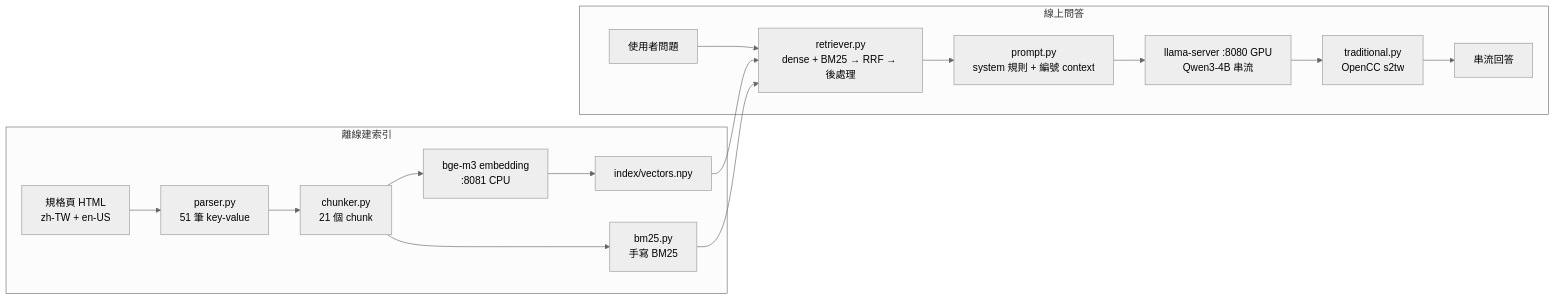
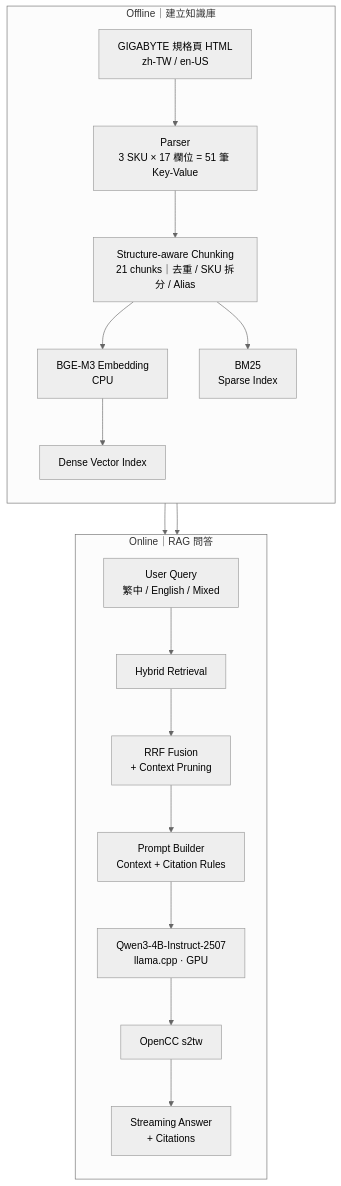
One commit to 112306060/gigabyte-rag-system changed the diagram in README.md. Above: the diagram before and after it, drawn with Mermaid (neutral theme). The commit also changed other lines of this file, not shown here.

Commit message:
README: vertical architecture diagram with concept-level nodes
Top-to-bottom Offline / Online layout so GitHub renders it at readable size;
file names moved to the core-module table.

````diff
--- a/README.md
+++ b/README.md
@@ -67,19 +67,24 @@
 ```mermaid
-flowchart LR
-    subgraph offline["離線建索引"]
-        H["規格頁 HTML<br/>zh-TW + en-US"] --> P["parser.py<br/>51 筆 key-value"]
-        P --> C["chunker.py<br/>21 個 chunk"]
-        C --> E["bge-m3 embedding<br/>:8081 CPU"]
-        E --> V["index/vectors.npy"]
-        C --> B["bm25.py<br/>手寫 BM25"]
+flowchart TB
+    subgraph OFF["Offline｜建立知識庫"]
+        direction TB
+        H["GIGABYTE 規格頁 HTML<br/>zh-TW / en-US"] --> P["Parser<br/>3 SKU × 17 欄位 = 51 筆 Key-Value"]
+        P --> C["Structure-aware Chunking<br/>21 chunks｜去重 / SKU 拆分 / Alias"]
+        C --> E["BGE-M3 Embedding<br/>CPU"]
+        C --> S["BM25<br/>Sparse Index"]
+        E --> V["Dense Vector Index"]
     end
-    subgraph online["線上問答"]
-        Q["使用者問題"] --> R["retriever.py<br/>dense + BM25 → RRF → 後處理"]
-        V --> R
-        B --> R
-        R --> PR["prompt.py<br/>system 規則 + 編號 context"]
-        PR --> G["llama-server :8080 GPU<br/>Qwen3-4B 串流"]
-        G --> T["traditional.py<br/>OpenCC s2tw"]
-        T --> A["串流回答"]
+
+    subgraph ON["Online｜RAG 問答"]
+        direction TB
+        Q["User Query<br/>繁中 / English / Mixed"] --> HR["Hybrid Retrieval"]
+        HR --> RRF["RRF Fusion<br/>+ Context Pruning"]
+        RRF --> PB["Prompt Builder<br/>Context + Citation Rules"]
+        PB --> LLM["Qwen3-4B-Instruct-2507<br/>llama.cpp · GPU"]
+        LLM --> CC["OpenCC s2tw"]
+        CC --> A["Streaming Answer<br/>+ Citations"]
     end
+
+    V --> HR
+    S --> HR
 ```
````
